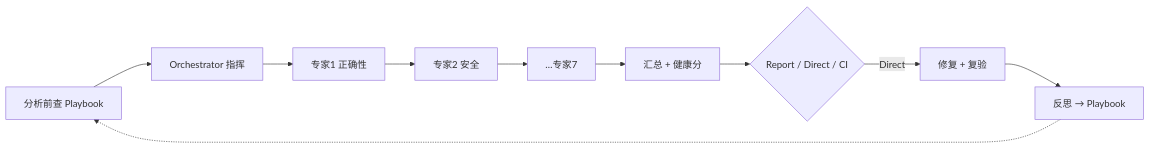
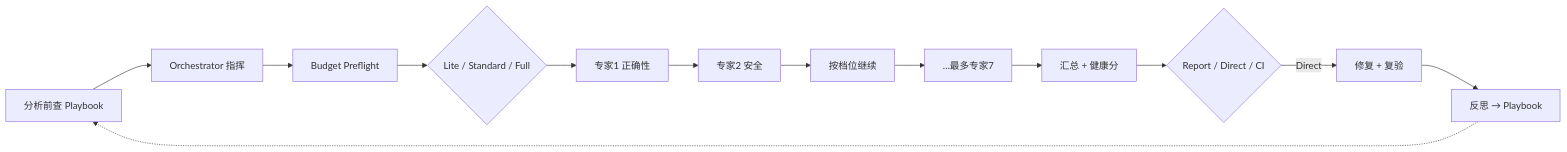
One commit to whitequeen306/code-cortex-loop changed the diagram in README.md. Above: the diagram before and after it, drawn with Mermaid. The commit also changed other lines of this file and 22 other files, not shown here.

````diff
--- a/README.md
+++ b/README.md
@@ -127,12 +142,15 @@
 ```mermaid
 flowchart LR
   pre["分析前查 Playbook"] --> orch["Orchestrator 指挥"]
-  orch --> e1["专家1 正确性"]
+  orch --> budget["Budget Preflight"]
+  budget --> preset{"Lite / Standard / Full"}
+  preset --> e1["专家1 正确性"]
   e1 --> e2["专家2 安全"]
-  e2 --> e7["…专家7"]
+  e2 --> maybe["按档位继续"]
+  maybe --> e7["…最多专家7"]
   e7 --> score["汇总 + 健康分"]
   score --> out{"Report / Direct / CI"}
   out -->|Direct| fix["修复 + 复验"]
   fix --> reflect["反思 → Playbook"]
   reflect -.-> pre
 ```
````
